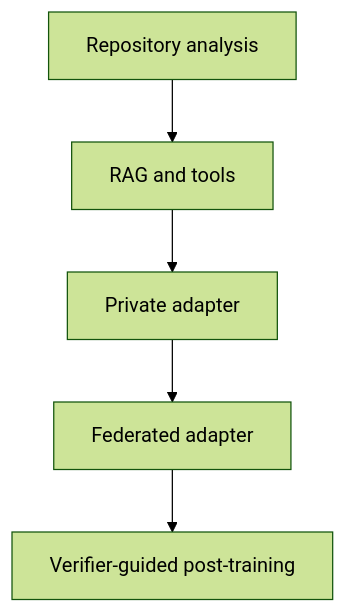
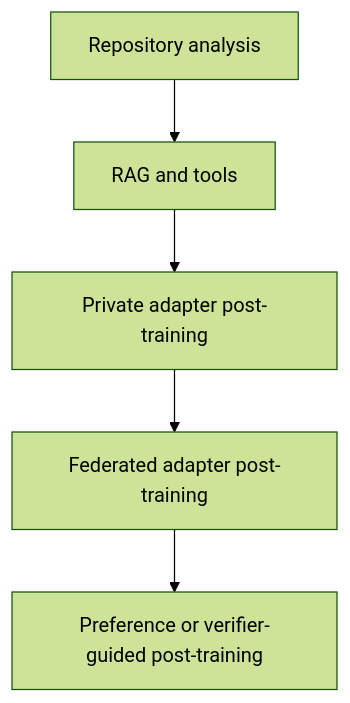
The second of 2 diagrams in README.md (ofunk-nvidia/FederatedCoding), drawn with Mermaid (forest theme) before and after one commit. The commit also changed other lines of this file and 15 other files, not shown here.

First line of the commit message:
Document post-training boundaries and estate sizing

````diff
--- a/README.md
+++ b/README.md
@@ -53,7 +53,7 @@
 ```mermaid
 flowchart TD
     A["Repository analysis"] --> B["RAG and tools"]
-    B --> C["Private adapter"]
-    C --> D["Federated adapter"]
-    D --> E["Verifier-guided post-training"]
+    B --> C["Private adapter post-training"]
+    C --> D["Federated adapter post-training"]
+    D --> E["Preference or verifier-guided post-training"]
 ```
````
